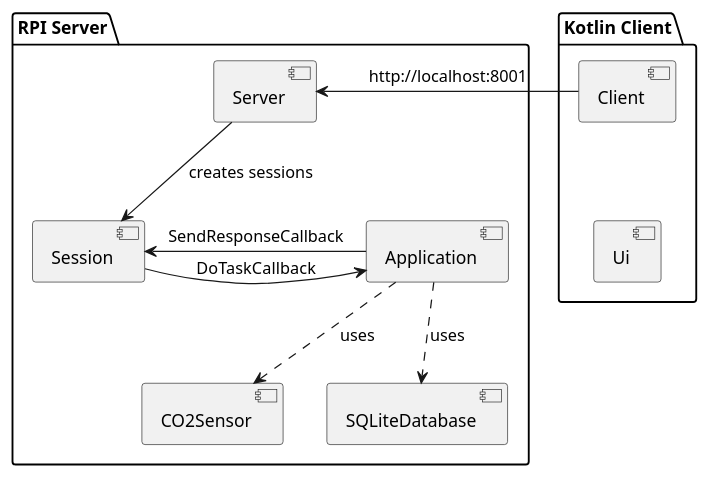
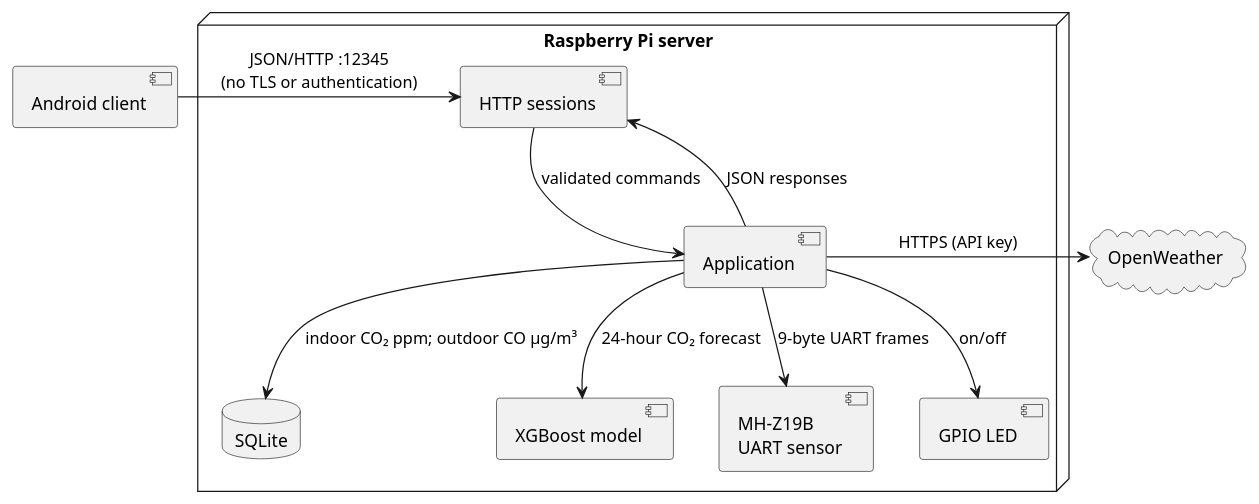
One commit to Sage-Cat/measure_CO2_system changed the diagram in docs/general_arch.puml. Above: the diagram before and after it, drawn with PlantUML. The commit also changed 36 other files, not shown here.

```diff
--- a/docs/general_arch.puml
+++ b/docs/general_arch.puml
@@ -1,26 +1,25 @@
 @startuml
 
-package "Kotlin Client" {
-    [Ui] as Ui
-    [Client] as Client
+component "Android client" as Client
 
-    Client -[hidden]- Ui
+node "Raspberry Pi server" {
+    component "HTTP sessions" as Sessions
+    component Application
+    database SQLite
+    component "XGBoost model" as Model
+    component "MH-Z19B\nUART sensor" as Sensor
+    component "GPIO LED" as LED
 }
 
-package "RPI Server" {
-    [Server] as Server
-    [Session] as Session
-    [Application] as Application
-    [CO2Sensor] as CO2Sensor
-    [SQLiteDatabase] as SQLiteDatabase
+cloud "OpenWeather" as Weather
 
-    Server --> Session : creates sessions
-    Session -> Application : DoTaskCallback
-    Session <- Application : SendResponseCallback
-    Application ..> CO2Sensor : uses
-    Application ..> SQLiteDatabase : uses 
-}
-
-Client -> Server : http://localhost:8001
+Client -> Sessions : JSON/HTTP :12345\n(no TLS or authentication)
+Sessions -> Application : validated commands
+Application --> Sessions : JSON responses
+Application --> SQLite : indoor CO₂ ppm; outdoor CO µg/m³
+Application --> Sensor : 9-byte UART frames
+Application --> LED : on/off
+Application --> Model : 24-hour CO₂ forecast
+Application -> Weather : HTTPS (API key)
 
 @enduml
```
